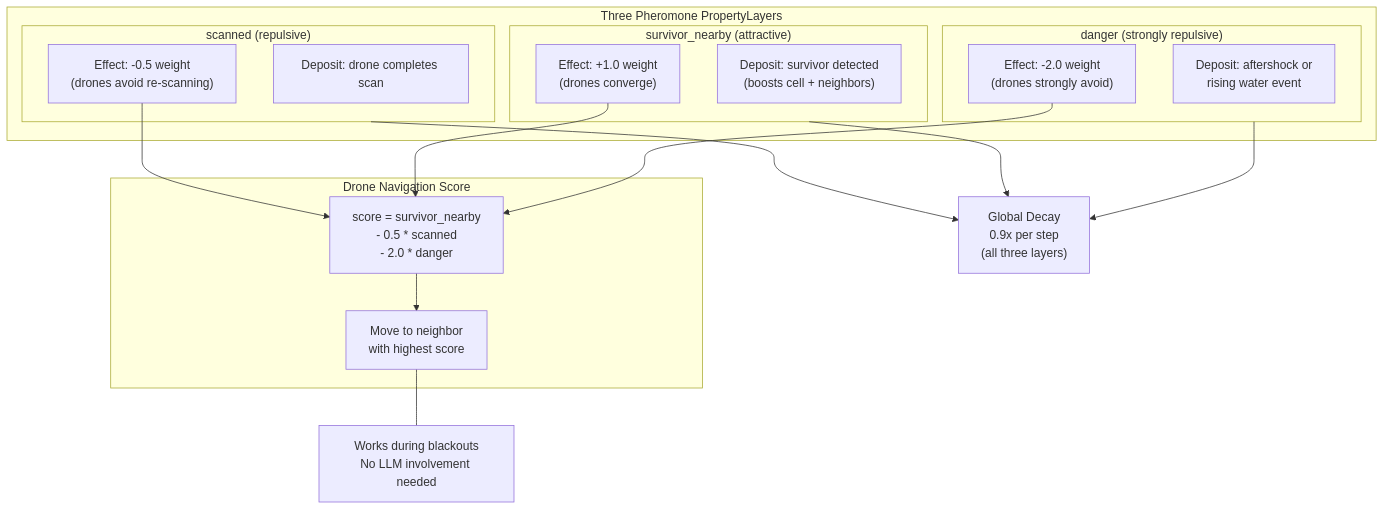
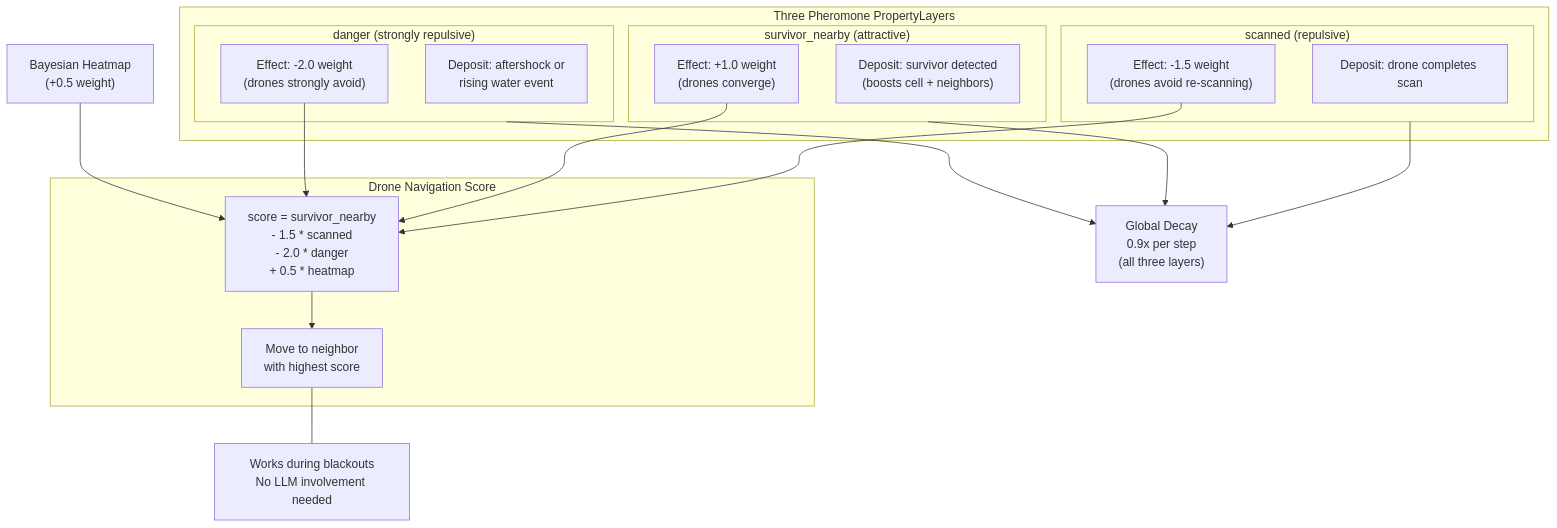
Before and after one commit to Andersonnn7788/drone-agents: the tenth of 11 diagrams in architecture.md, drawn with Mermaid. The commit also changed other lines of this file and 20 other files, not shown here.

Commit message:
fix all the bugs and update readme and architecture

````diff
--- a/architecture.md
+++ b/architecture.md
@@ -387,36 +392,37 @@
 ```mermaid
 flowchart TB
     subgraph Layers["Three Pheromone PropertyLayers"]
         subgraph Scanned["scanned (repulsive)"]
             S_DEP["Deposit: drone completes scan"]
-            S_EFF["Effect: -0.5 weight<br>(drones avoid re-scanning)"]
+            S_EFF["Effect: -1.5 weight<br>(drones avoid re-scanning)"]
         end
         subgraph Survivor["survivor_nearby (attractive)"]
             SN_DEP["Deposit: survivor detected<br>(boosts cell + neighbors)"]
             SN_EFF["Effect: +1.0 weight<br>(drones converge)"]
         end
         subgraph Danger["danger (strongly repulsive)"]
             D_DEP["Deposit: aftershock or<br>rising water event"]
             D_EFF["Effect: -2.0 weight<br>(drones strongly avoid)"]
         end
     end
 
     DECAY["Global Decay<br>0.9x per step<br>(all three layers)"]
 
     Scanned --> DECAY
     Survivor --> DECAY
     Danger --> DECAY
 
     subgraph Navigation["Drone Navigation Score"]
-        FORMULA["score = survivor_nearby<br>        - 0.5 * scanned<br>        - 2.0 * danger"]
+        FORMULA["score = survivor_nearby<br>        - 1.5 * scanned<br>        - 2.0 * danger<br>        + 0.5 * heatmap"]
         BEST["Move to neighbor<br>with highest score"]
     end
 
     S_EFF --> FORMULA
     SN_EFF --> FORMULA
     D_EFF --> FORMULA
+    HM["Bayesian Heatmap<br>(+0.5 weight)"] --> FORMULA
     FORMULA --> BEST
 
     NOTE["Works during blackouts<br>No LLM involvement needed"]
     BEST --- NOTE
 ```
````
